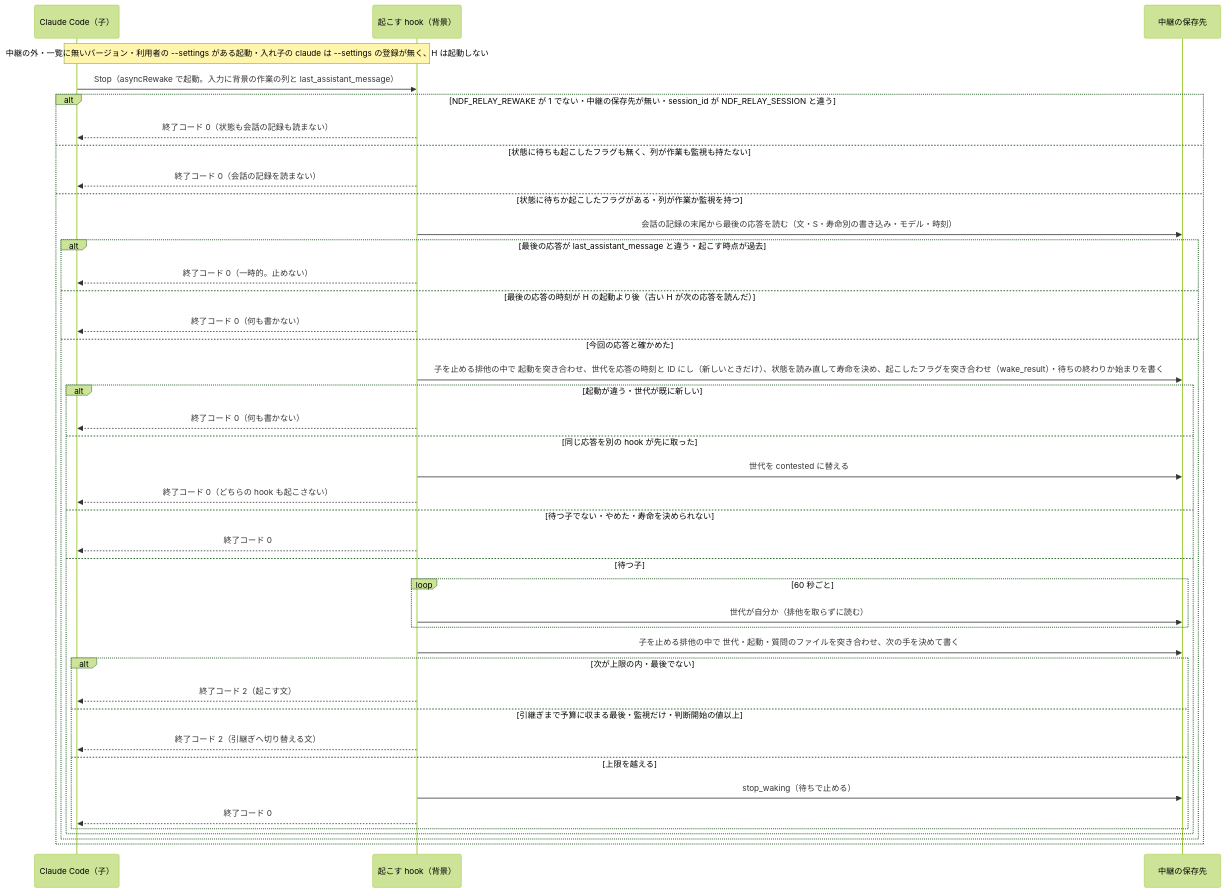
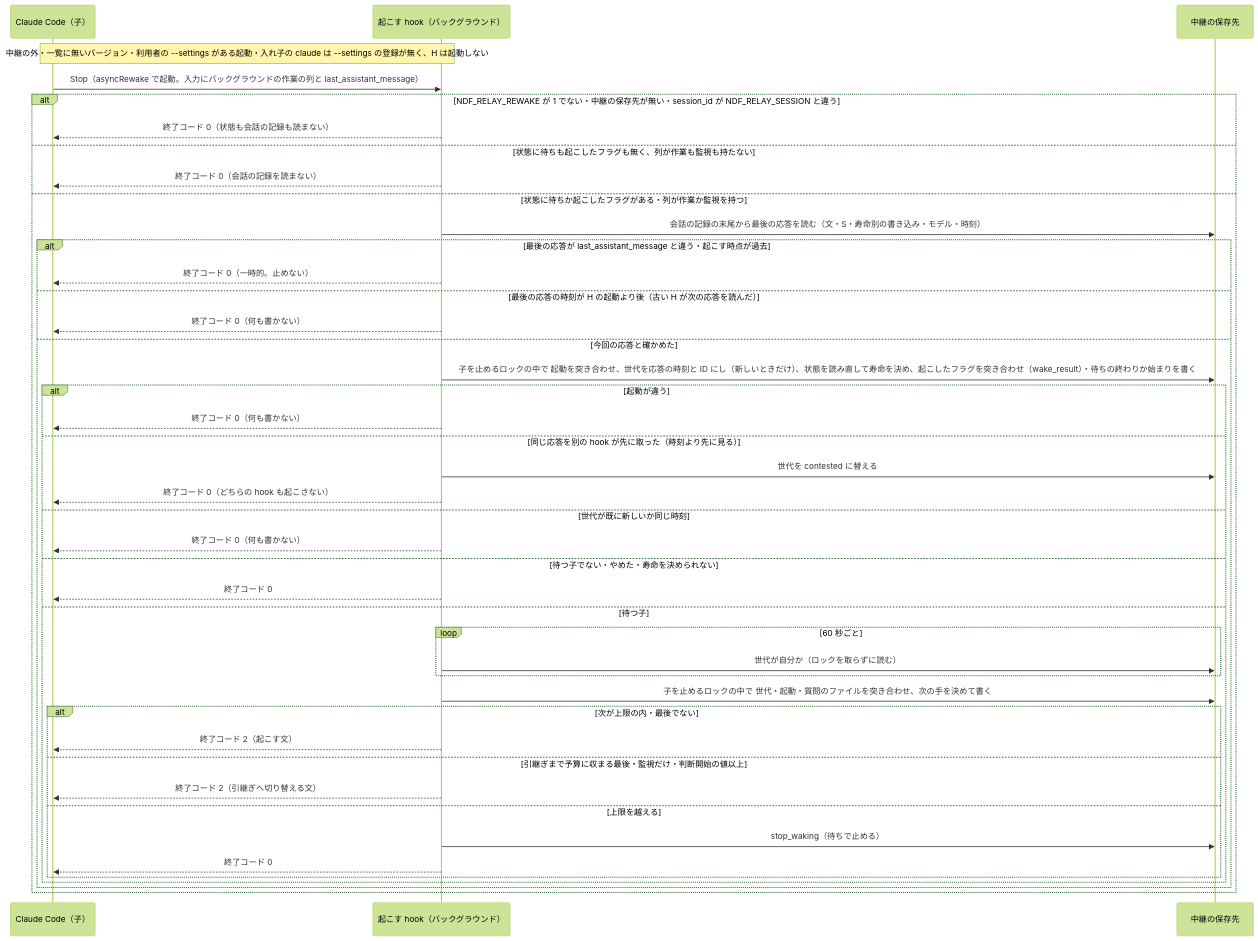
Before and after one commit to devbasex/ai-plugins: the second of 2 diagrams in issues/issue-4068-4199-design.md, drawn with Mermaid (forest theme). The commit also changed other lines of this file and 6 other files, not shown here.

````diff
--- a/issues/issue-4068-4199-design.md
+++ b/issues/issue-4068-4199-design.md
@@ -127,43 +135,45 @@
 ```mermaid
 sequenceDiagram
   participant CC as Claude Code（子）
-  participant H as 起こす hook（背景）
+  participant H as 起こす hook（バックグラウンド）
   participant F as 中継の保存先
   Note over CC,H: 中継の外・一覧に無いバージョン・利用者の --settings がある起動・入れ子の claude は --settings の登録が無く、H は起動しない
-  CC->>H: Stop（asyncRewake で起動。入力に背景の作業の列と last_assistant_message）
+  CC->>H: Stop（asyncRewake で起動。入力にバックグラウンドの作業の列と last_assistant_message）
   alt NDF_RELAY_REWAKE が 1 でない・中継の保存先が無い・session_id が NDF_RELAY_SESSION と違う
     H-->>CC: 終了コード 0（状態も会話の記録も読まない）
   else 状態に待ちも起こしたフラグも無く、列が作業も監視も持たない
     H-->>CC: 終了コード 0（会話の記録を読まない）
   else 状態に待ちか起こしたフラグがある・列が作業か監視を持つ
     H->>F: 会話の記録の末尾から最後の応答を読む（文・S・寿命別の書き込み・モデル・時刻）
     alt 最後の応答が last_assistant_message と違う・起こす時点が過去
       H-->>CC: 終了コード 0（一時的。止めない）
     else 最後の応答の時刻が H の起動より後（古い H が次の応答を読んだ）
       H-->>CC: 終了コード 0（何も書かない）
     else 今回の応答と確かめた
-      H->>F: 子を止める排他の中で 起動を突き合わせ、世代を応答の時刻と ID にし（新しいときだけ）、状態を読み直して寿命を決め、起こしたフラグを突き合わせ（wake_result）・待ちの終わりか始まりを書く
-      alt 起動が違う・世代が既に新しい
+      H->>F: 子を止めるロックの中で 起動を突き合わせ、世代を応答の時刻と ID にし（新しいときだけ）、状態を読み直して寿命を決め、起こしたフラグを突き合わせ（wake_result）・待ちの終わりか始まりを書く
+      alt 起動が違う
         H-->>CC: 終了コード 0（何も書かない）
-      else 同じ応答を別の hook が先に取った
+      else 同じ応答を別の hook が先に取った（時刻より先に見る）
         H->>F: 世代を contested に替える
         H-->>CC: 終了コード 0（どちらの hook も起こさない）
+      else 世代が既に新しいか同じ時刻
+        H-->>CC: 終了コード 0（何も書かない）
       else 待つ子でない・やめた・寿命を決められない
         H-->>CC: 終了コード 0
       else 待つ子
         loop 60 秒ごと
-          H->>F: 世代が自分か（排他を取らずに読む）
+          H->>F: 世代が自分か（ロックを取らずに読む）
         end
-        H->>F: 子を止める排他の中で 世代・起動・質問のファイルを突き合わせ、次の手を決めて書く
+        H->>F: 子を止めるロックの中で 世代・起動・質問のファイルを突き合わせ、次の手を決めて書く
         alt 次が上限の内・最後でない
           H-->>CC: 終了コード 2（起こす文）
         else 引継ぎまで予算に収まる最後・監視だけ・判断開始の値以上
           H-->>CC: 終了コード 2（引継ぎへ切り替える文）
         else 上限を越える
           H->>F: stop_waking（待ちで止める）
           H-->>CC: 終了コード 0
         end
       end
     end
   end
 ```
````
